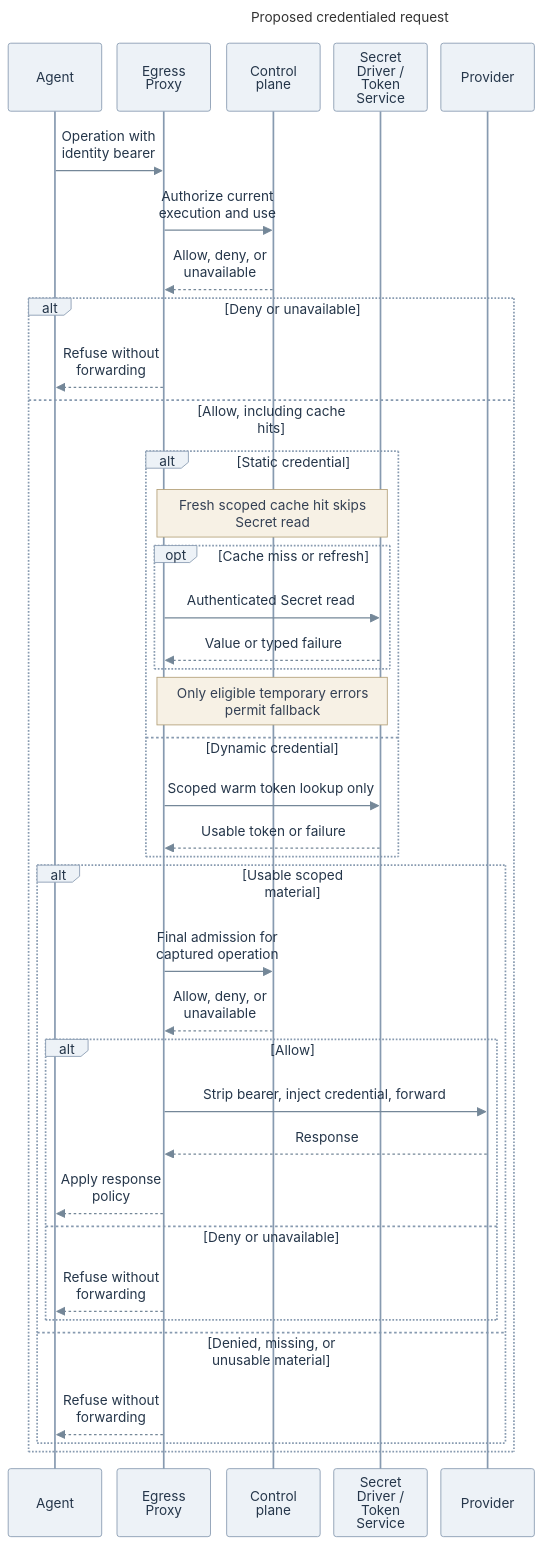
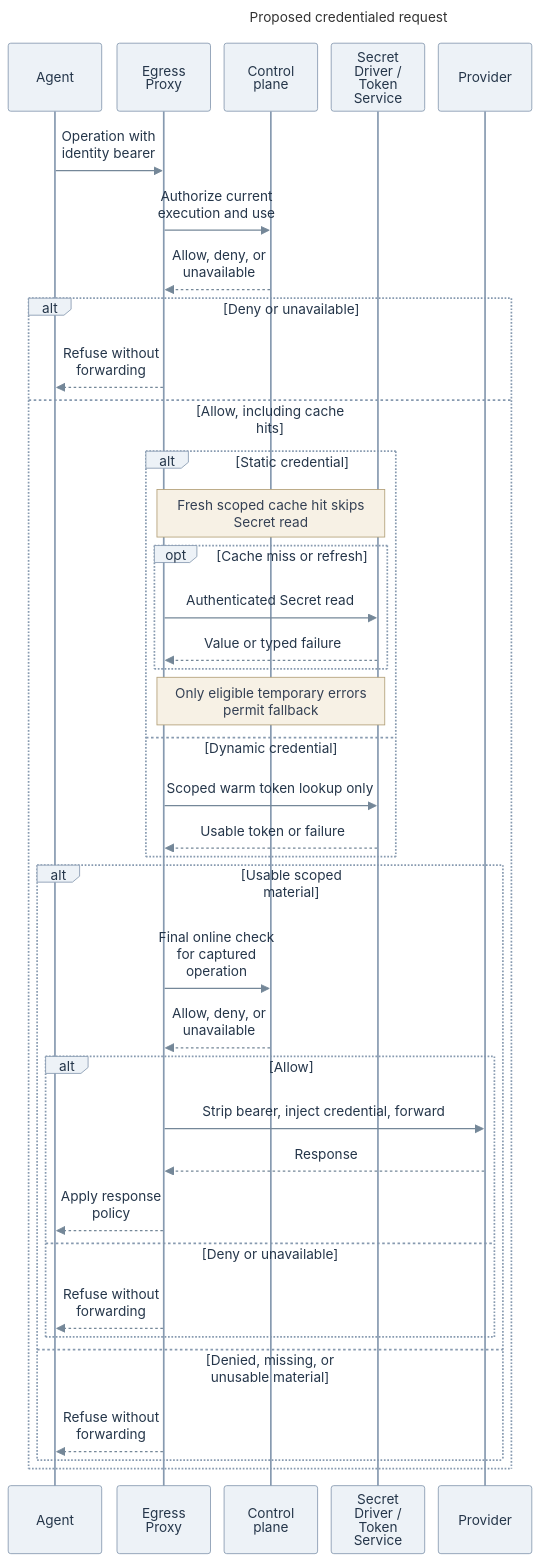
One commit to freeqaz-openai/openclaw-enterprise changed the diagram in specs/rfcs/0019-egress-proxy-credential-lifecycle/assets/request-caching.mmd. Above: the diagram before and after it, drawn with Mermaid. The commit also changed 7 other files, not shown here.

```diff
--- a/specs/rfcs/0019-egress-proxy-credential-lifecycle/assets/request-caching.mmd
+++ b/specs/rfcs/0019-egress-proxy-credential-lifecycle/assets/request-caching.mmd
@@ -1,64 +1,64 @@
 ---
 title: "Proposed credentialed request"
 config:
   theme: base
   themeVariables:
     fontFamily: "Arial, sans-serif"
     fontSize: "16px"
     actorBkg: "#EDF2F7"
     actorBorder: "#879AB0"
     actorTextColor: "#25364A"
     noteBkgColor: "#F7F1E5"
     noteBorderColor: "#B3A078"
     noteTextColor: "#344054"
     signalColor: "#748798"
     signalTextColor: "#25364A"
   sequence:
     useMaxWidth: false
     actorMargin: 16
     width: 110
     height: 42
     diagramMarginX: 12
     diagramMarginY: 12
     messageMargin: 17
     noteMargin: 8
     mirrorActors: true
     wrap: true
 ---
 sequenceDiagram
   participant A as Agent
   participant G as Egress Proxy
   participant C as Control plane
   participant S as Secret Driver / Token Service
   participant P as Provider
   A->>G: Operation with identity bearer
   G->>C: Authorize current execution and use
   C-->>G: Allow, deny, or unavailable
   alt Deny or unavailable
     G-->>A: Refuse without forwarding
   else Allow, including cache hits
     alt Static credential
       Note over G,S: Fresh scoped cache hit skips Secret read
       opt Cache miss or refresh
         G->>S: Authenticated Secret read
         S-->>G: Value or typed failure
       end
       Note over G,S: Only eligible temporary errors permit fallback
     else Dynamic credential
       G->>S: Scoped warm token lookup only
       S-->>G: Usable token or failure
     end
     alt Usable scoped material
-      G->>C: Final admission for captured operation
+      G->>C: Final online check for captured operation
       C-->>G: Allow, deny, or unavailable
       alt Allow
         G->>P: Strip bearer, inject credential, forward
         P-->>G: Response
         G-->>A: Apply response policy
       else Deny or unavailable
         G-->>A: Refuse without forwarding
       end
     else Denied, missing, or unusable material
       G-->>A: Refuse without forwarding
     end
   end
```
